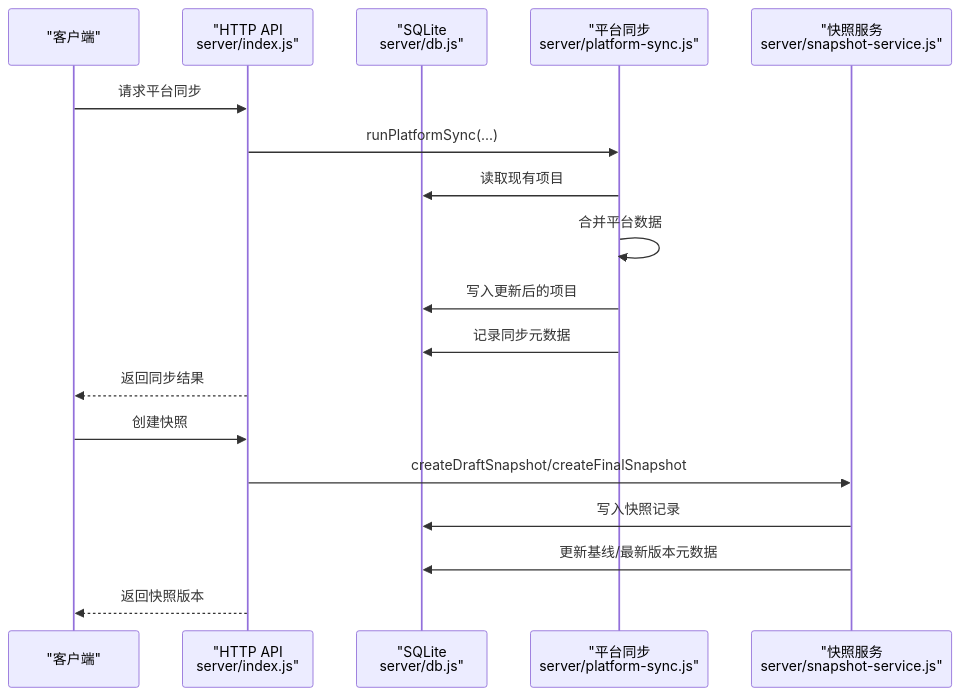
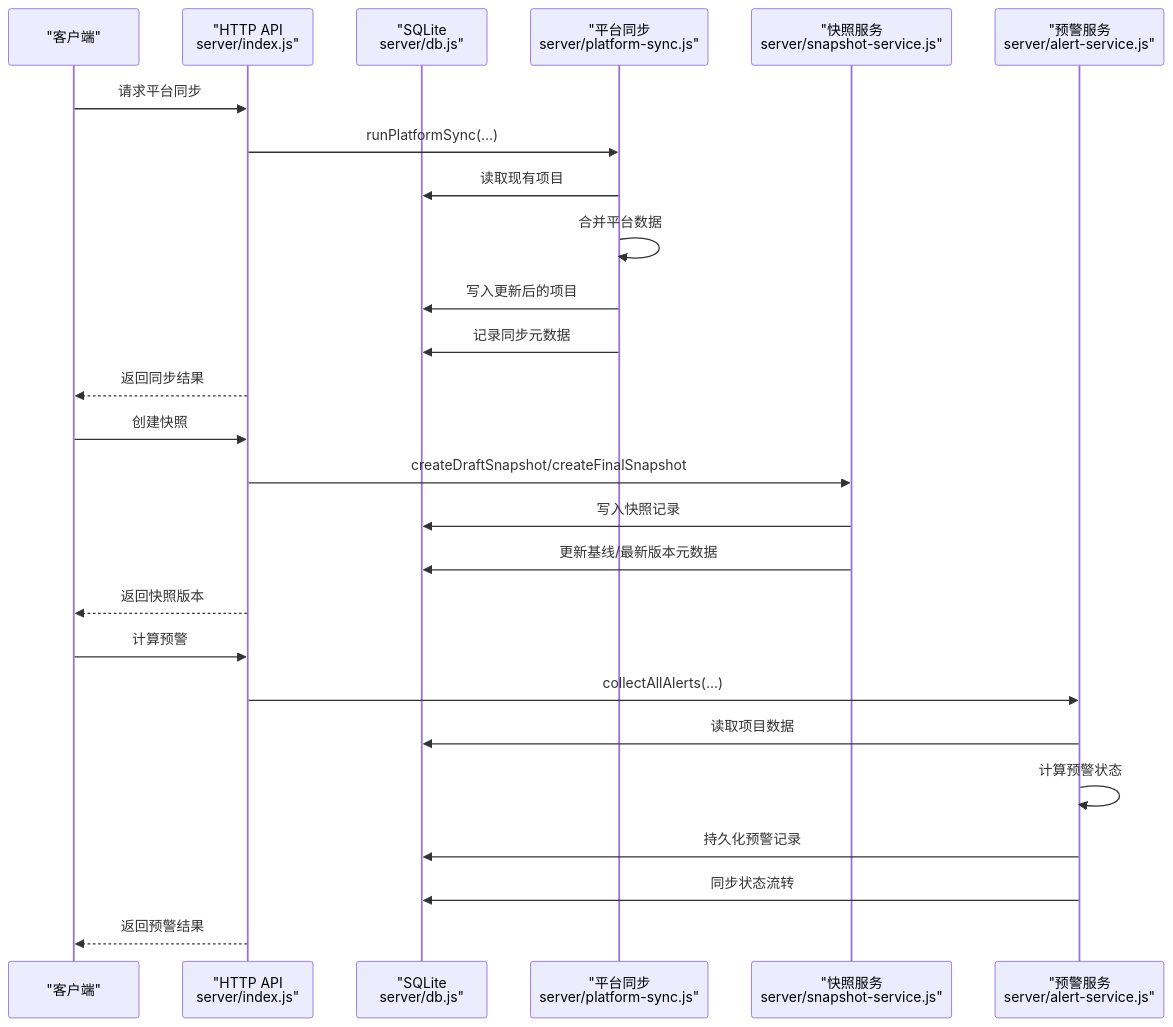
The second of 12 diagrams in .qoder/repowiki/zh/content/数据库设计.md (marcelxu0272/202605_project-tracking-table), drawn with Mermaid before and after one commit. The commit also changed other lines of this file and 8 other files, not shown here.

````diff
--- a/.qoder/repowiki/zh/content/数据库设计.md
+++ b/.qoder/repowiki/zh/content/数据库设计.md
@@ -120,20 +145,28 @@
 ```mermaid
 sequenceDiagram
 participant Client as "客户端"
 participant API as "HTTP API<br/>server/index.js"
 participant DB as "SQLite<br/>server/db.js"
 participant Sync as "平台同步<br/>server/platform-sync.js"
 participant Snap as "快照服务<br/>server/snapshot-service.js"
+participant AlertSvc as "预警服务<br/>server/alert-service.js"
 Client->>API : 请求平台同步
 API->>Sync : runPlatformSync(...)
 Sync->>DB : 读取现有项目
 Sync->>Sync : 合并平台数据
 Sync->>DB : 写入更新后的项目
 Sync->>DB : 记录同步元数据
 API-->>Client : 返回同步结果
 Client->>API : 创建快照
 API->>Snap : createDraftSnapshot/createFinalSnapshot
 Snap->>DB : 写入快照记录
 Snap->>DB : 更新基线/最新版本元数据
 API-->>Client : 返回快照版本
+Client->>API : 计算预警
+API->>AlertSvc : collectAllAlerts(...)
+AlertSvc->>DB : 读取项目数据
+AlertSvc->>AlertSvc : 计算预警状态
+AlertSvc->>DB : 持久化预警记录
+AlertSvc->>DB : 同步状态流转
+API-->>Client : 返回预警结果
 ```
````
